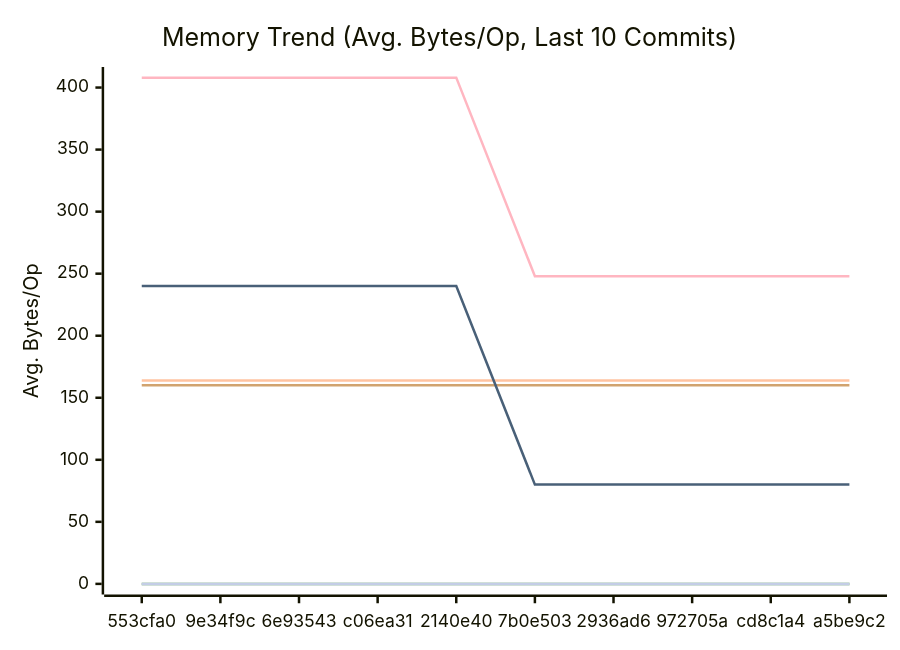
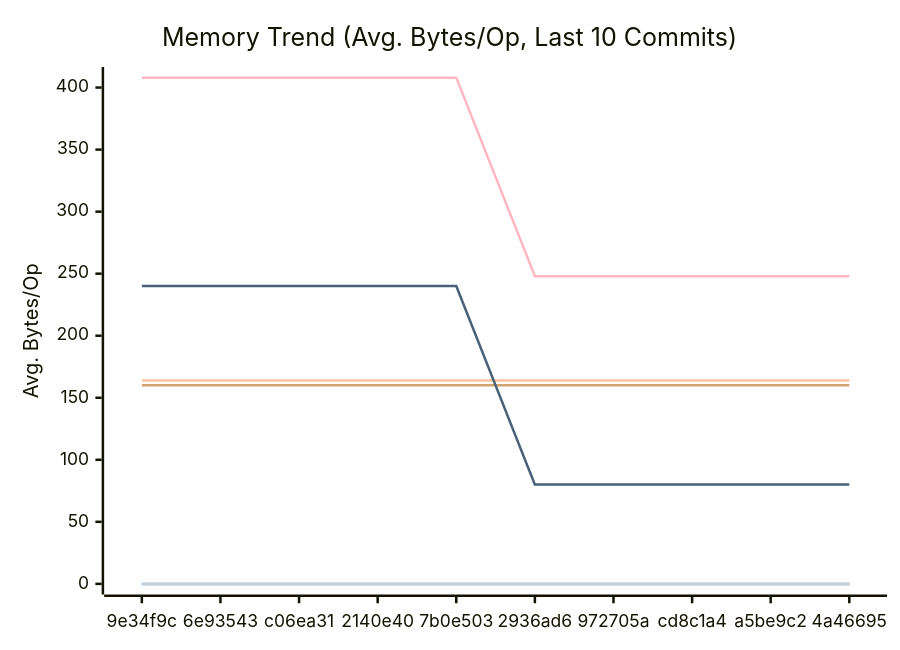
The second of 3 diagrams in docs/PERFORMANCE.md (alsotoes/momo), drawn with Mermaid before and after one commit. The commit also changed other lines of this file and 7 other files, not shown here.

````diff
--- a/docs/PERFORMANCE.md
+++ b/docs/PERFORMANCE.md
@@ -97,16 +97,16 @@
 ```mermaid
 xychart-beta
     title "Memory Trend (Avg. Bytes/Op, Last 10 Commits)"
     x-axis "Commit"
     y-axis "Avg. Bytes/Op"
-    x-axis [553cfa0,9e34f9c,6e93543,c06ea31,2140e40,7b0e503,2936ad6,972705a,cd8c1a4,a5be9c2]
+    x-axis [9e34f9c,6e93543,c06ea31,2140e40,7b0e503,2936ad6,972705a,cd8c1a4,a5be9c2,4a46695]
     line "CheckMetricsAndSwap" [0,0,0,0,0,0,0,0,0,0]
     line "CrushOptimized" [0,0,0,0,0,0,0,0,0,0]
     line "CrushOriginal" [164,164,164,164,164,164,164,164,164,164]
     line "IndexDirectTracking" [0,0,0,0,0,0,0,0,0,0]
     line "IndexSearch" [0,0,0,0,0,0,0,0,0,0]
     line "LoadGlobalConfig" [160,160,160,160,160,160,160,160,160,160]
     line "PadString" [0,0,0,0,0,0,0,0,0,0]
     line "ParseReplicationOrder_NoPrealloc" [408,408,408,408,408,248,248,248,248,248]
     line "ParseReplicationOrder_Prealloc" [240,240,240,240,240,80,80,80,80,80]
 ```
````
